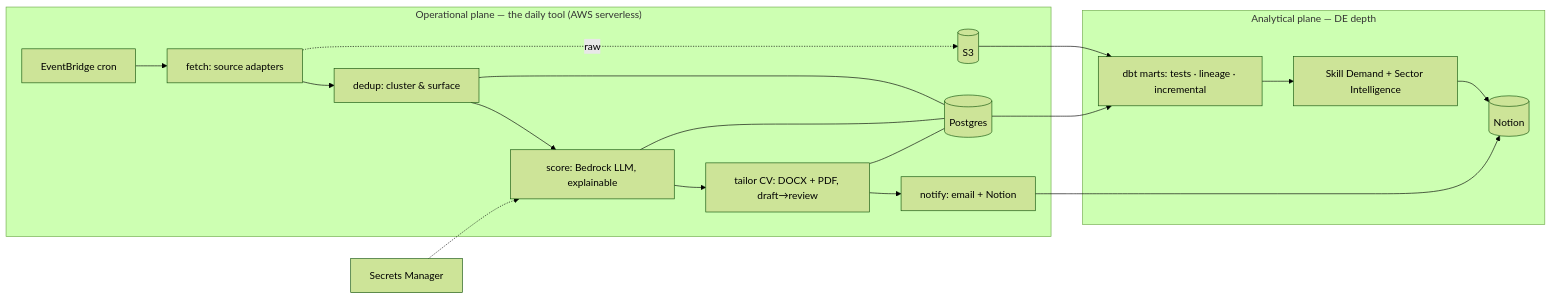
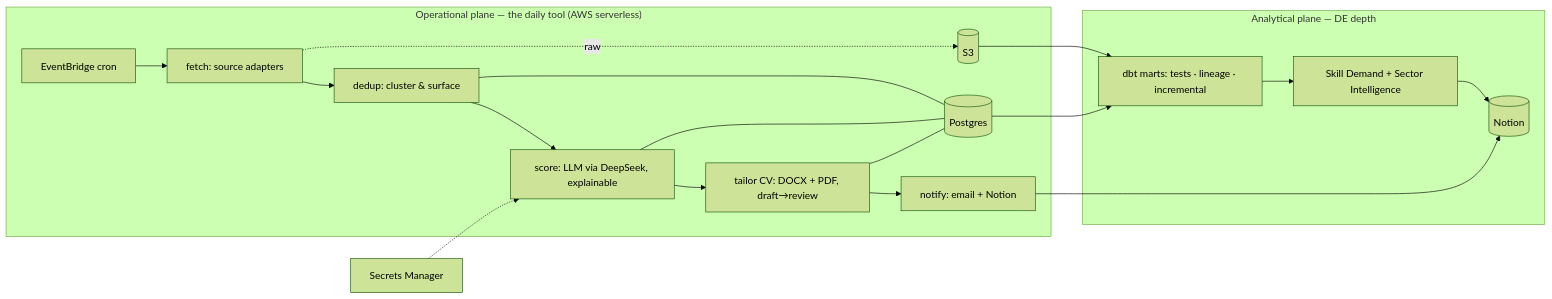
One commit to tarigelamin1997/jobfetcher changed the diagram in README.md. Above: the diagram before and after it, drawn with Mermaid (forest theme). The commit also changed other lines of this file and 14 other files, not shown here.

````diff
--- a/README.md
+++ b/README.md
@@ -25,22 +25,22 @@
 ```mermaid
 flowchart LR
   subgraph OP["Operational plane — the daily tool (AWS serverless)"]
     SCHED[EventBridge cron] --> FETCH[fetch: source adapters]
     FETCH --> DEDUP[dedup: cluster &amp; surface]
-    DEDUP --> SCORE[score: Bedrock LLM, explainable]
+    DEDUP --> SCORE[score: LLM via DeepSeek, explainable]
     SCORE --> CV[tailor CV: DOCX + PDF, draft→review]
     CV --> NOTIFY[notify: email + Notion]
     FETCH -. raw .-> S3[(S3)]
     DEDUP --- PG[(Postgres)]
     SCORE --- PG
     CV --- PG
   end
   subgraph AN["Analytical plane — DE depth"]
     PG --> DBT[dbt marts: tests · lineage · incremental]
     S3 --> DBT
     DBT --> INTEL[Skill Demand + Sector Intelligence]
     INTEL --> NOTION[(Notion)]
   end
   SECRETS[Secrets Manager] -.-> SCORE
   NOTIFY --> NOTION
 ```
````
